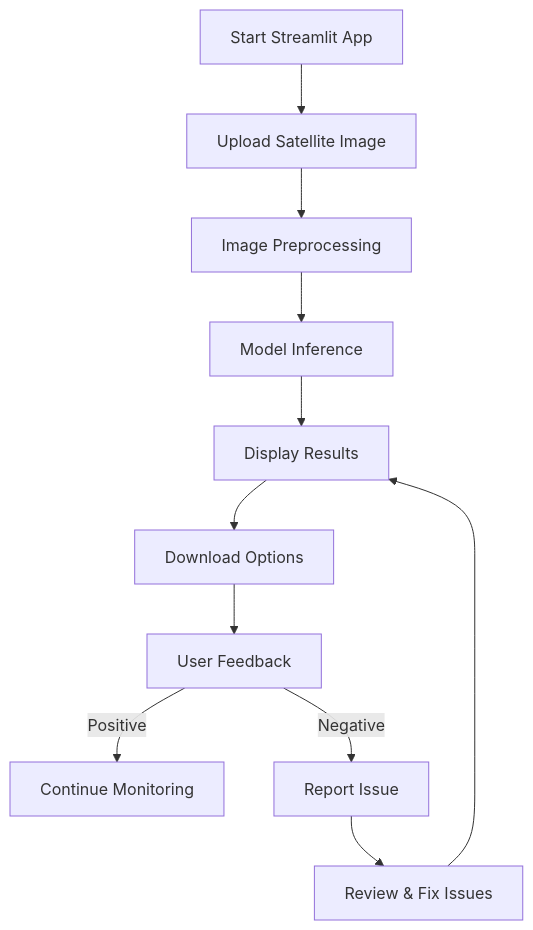
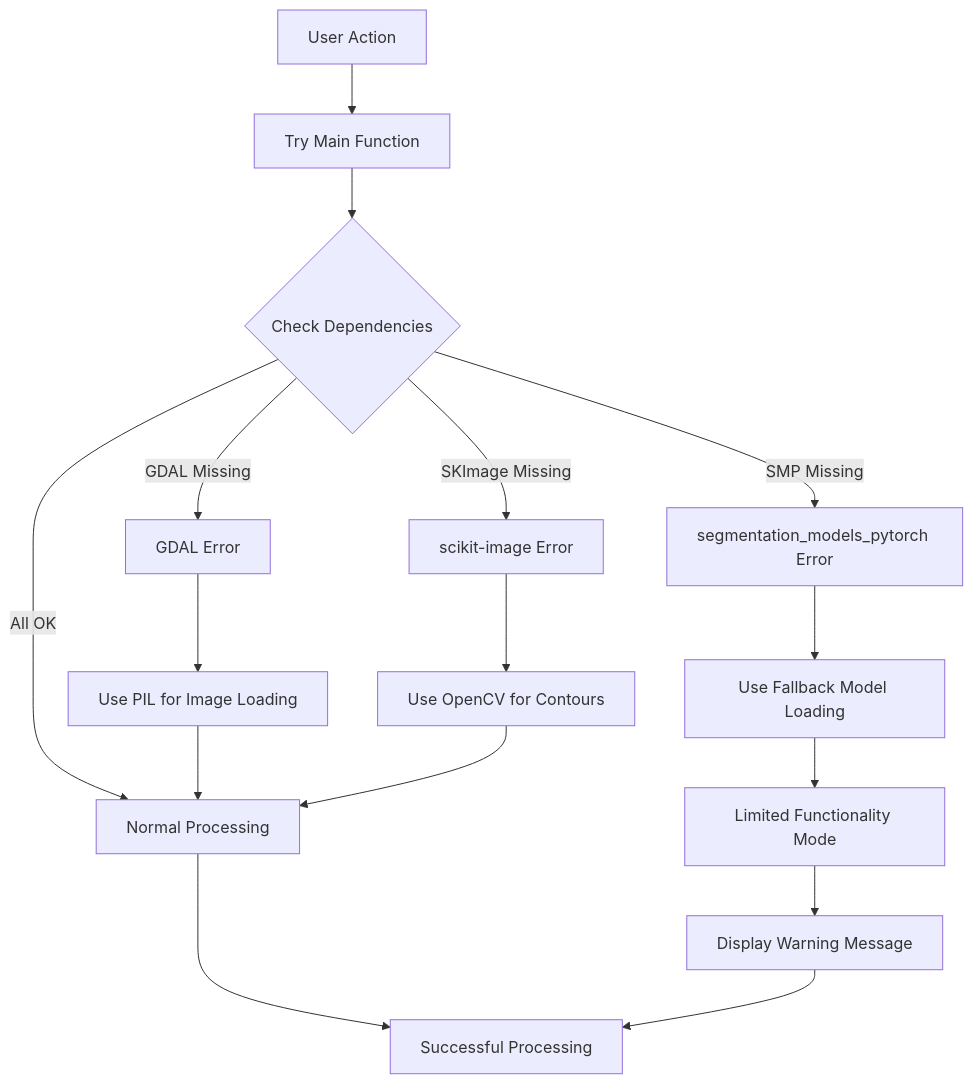
The ninth of 9 diagrams in README.md (tejuiceB/GlacialLakePredictions), drawn with Mermaid before and after one commit. The commit also changed other lines of this file, not shown here.

Commit message:
Refactor README.md to enhance project documentation and clarify system architecture, user interaction flow, and data processing pipeline.

````diff
--- a/README.md
+++ b/README.md
@@ -16,13 +395,22 @@
 ```mermaid
 flowchart TD
-    A[Start Streamlit App] --> B[Upload Satellite Image]
-    B --> C[Image Preprocessing]
-    C --> D[Model Inference]
-    D --> E[Display Results]
-    E --> F[Download Options]
-    F --> G[User Feedback]
-    G -->|Positive| H[Continue Monitoring]
-    G -->|Negative| I[Report Issue]
-    I --> J[Review & Fix Issues]
-    J --> E
+    UserAction[User Action] --> TryMain[Try Main Function]
+    TryMain --> CheckDependencies{Check Dependencies}
+    
+    CheckDependencies -->|SMP Missing| SMPError[segmentation_models_pytorch Error]
+    CheckDependencies -->|GDAL Missing| GDALError[GDAL Error]
+    CheckDependencies -->|SKImage Missing| SKImageError[scikit-image Error]
+    CheckDependencies -->|All OK| ProcessNormal[Normal Processing]
+    
+    SMPError --> FallbackModel[Use Fallback Model Loading]
+    GDALError --> FallbackImage[Use PIL for Image Loading]
+    SKImageError --> FallbackContour[Use OpenCV for Contours]
+    
+    FallbackModel --> LimitedFunction[Limited Functionality Mode]
+    FallbackImage --> ProcessNormal
+    FallbackContour --> ProcessNormal
+    
+    LimitedFunction --> ShowWarning[Display Warning Message]
+    ProcessNormal --> Success[Successful Processing]
+    ShowWarning --> Success
 ```
````
